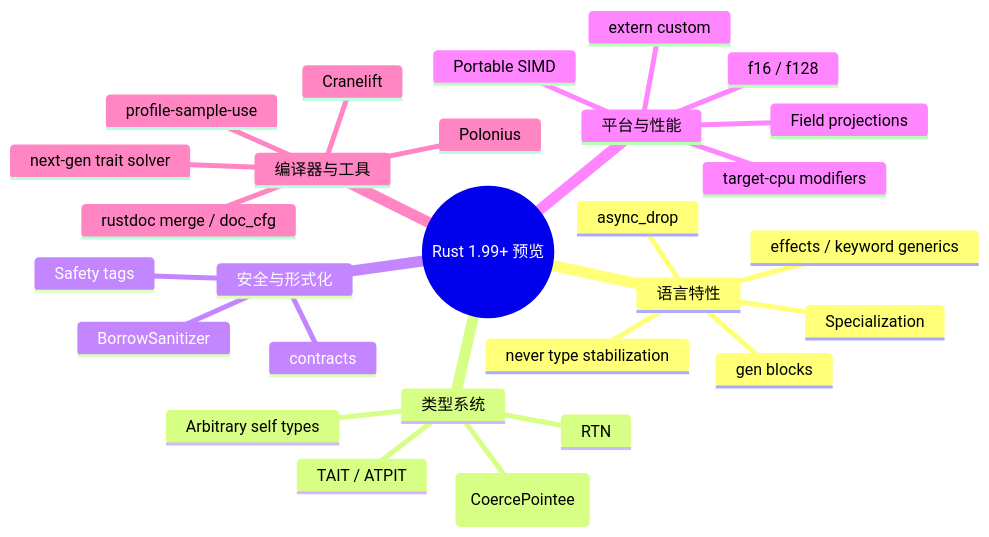
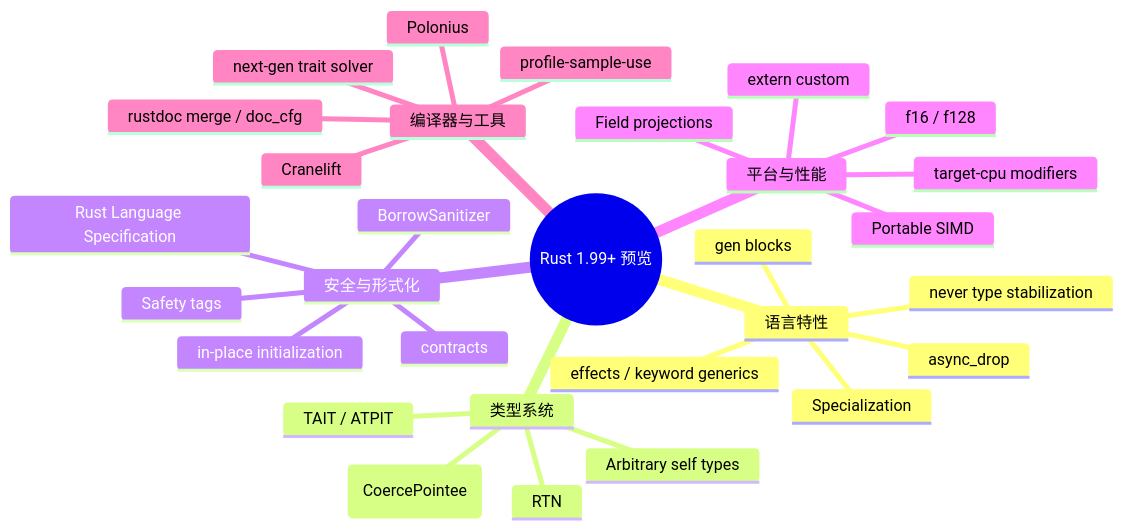
The diagram in concept/07_future/00_version_tracking/rust_1_99_preview.md (martin-ly/rust-lang), drawn with Mermaid before and after one commit. The commit also changed other lines of this file and 96 other files, not shown here.

````diff
--- a/concept/07_future/00_version_tracking/rust_1_99_preview.md
+++ b/concept/07_future/00_version_tracking/rust_1_99_preview.md
@@ -42,31 +42,33 @@
 ```mermaid
 mindmap
   root((Rust 1.99+ 预览))
     语言特性
       gen blocks
       async_drop
       Specialization
       effects / keyword generics
       never type stabilization
     类型系统
       TAIT / ATPIT
       RTN
       Arbitrary self types
       derive(CoercePointee)
     安全与形式化
       Safety tags
       BorrowSanitizer
       contracts
+      in-place initialization
+      Rust Language Specification
     平台与性能
       f16 / f128
       Portable SIMD
       Field projections
       extern custom
       target-cpu modifiers
     编译器与工具
       next-gen trait solver
       Polonius
       Cranelift
       rustdoc merge / doc_cfg
       profile-sample-use
 ```
````
